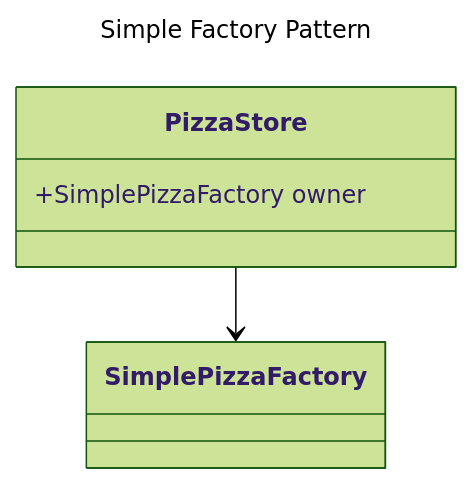
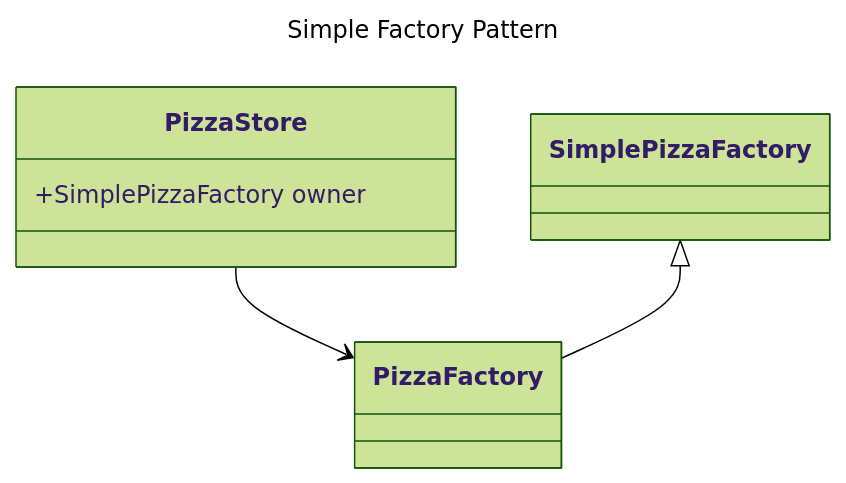
The diagram in FactoryPattern.md (sovan92/LowLevelDesignDocuments), drawn with Mermaid (forest theme) before and after one commit.

````diff
--- a/FactoryPattern.md
+++ b/FactoryPattern.md
@@ -5,10 +5,16 @@
 ```mermaid
 ---
 title: Simple Factory Pattern
 ---
+
+
+
 classDiagram
     class PizzaStore
     PizzaStore : +SimplePizzaFactory owner
-    PizzaStore --> SimplePizzaFactory
+    PizzaStore --> PizzaFactory
+
+    class PizzaFactory
+    SimplePizzaFactory<|-- PizzaFactory
 
 ```
````
